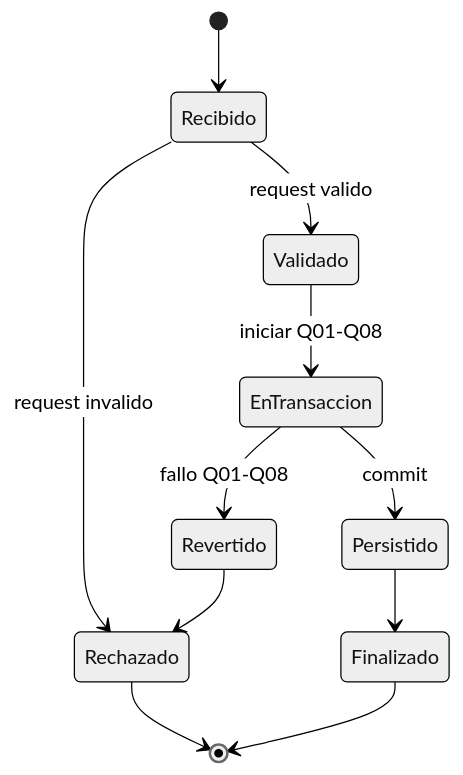
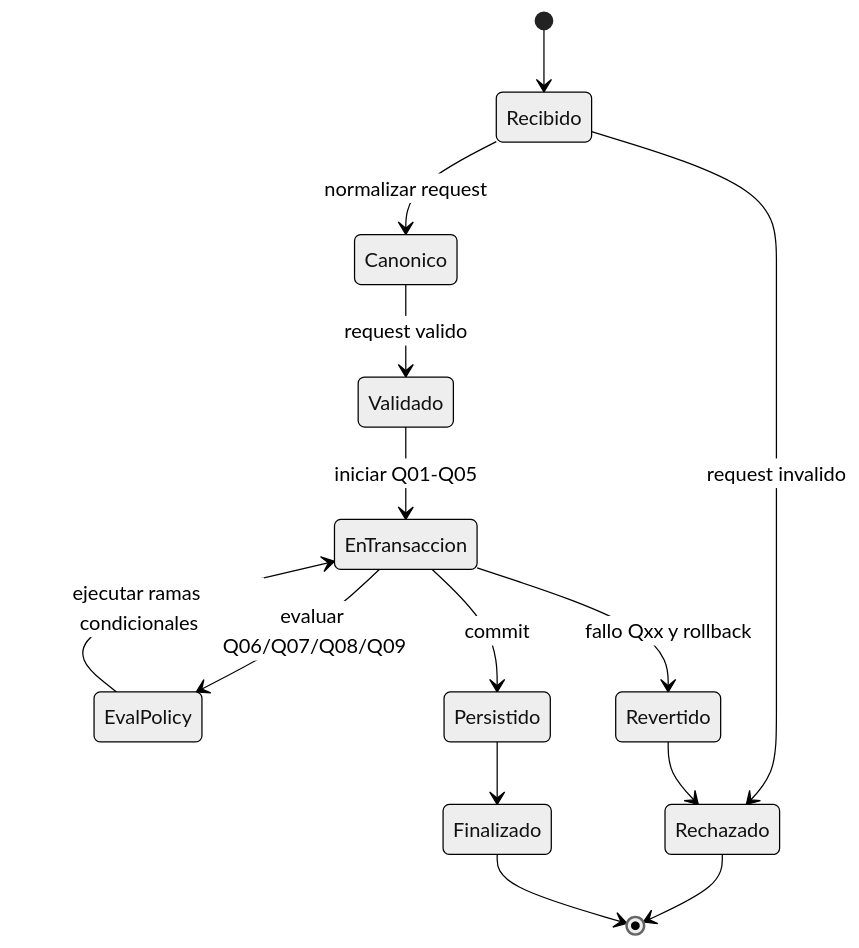
Before and after one commit to miguelurueta/DocuArchiCore: the diagram in Docs/Radicacion/Tramite/SCRUM-42/05-diagrama-estado.md, drawn with Mermaid (neutral theme). The commit also changed 19 other files, not shown here.

````diff
--- a/Docs/Radicacion/Tramite/SCRUM-42/05-diagrama-estado.md
+++ b/Docs/Radicacion/Tramite/SCRUM-42/05-diagrama-estado.md
@@ -3,15 +3,18 @@
 ```mermaid
 stateDiagram-v2
     [*] --> Recibido
-    Recibido --> Validado: request valido
+    Recibido --> Canonico: normalizar request
+    Canonico --> Validado: request valido
     Recibido --> Rechazado: request invalido
 
-    Validado --> EnTransaccion: iniciar Q01-Q08
+    Validado --> EnTransaccion: iniciar Q01-Q05
+    EnTransaccion --> EvalPolicy: evaluar Q06/Q07/Q08/Q09
+    EvalPolicy --> EnTransaccion: ejecutar ramas condicionales
     EnTransaccion --> Persistido: commit
-    EnTransaccion --> Revertido: fallo Q01-Q08
+    EnTransaccion --> Revertido: fallo Qxx y rollback
 
     Persistido --> Finalizado
     Revertido --> Rechazado
     Rechazado --> [*]
     Finalizado --> [*]
 ```
````
